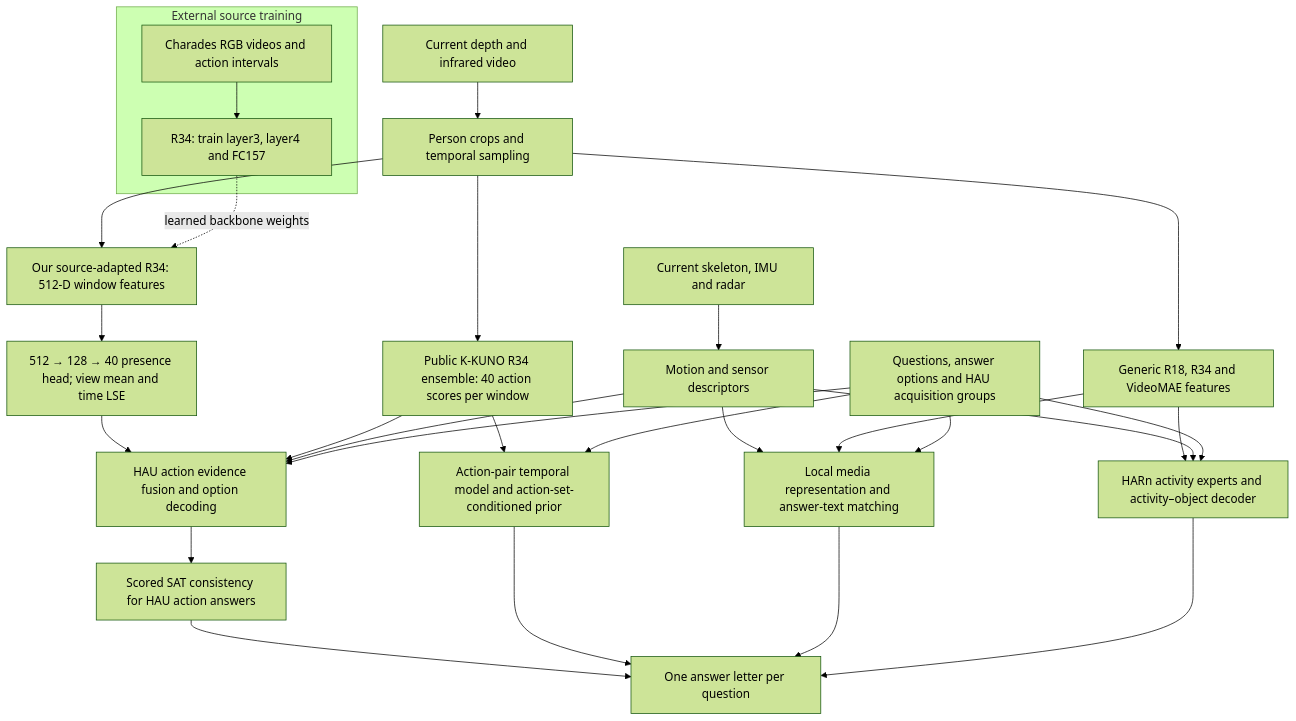
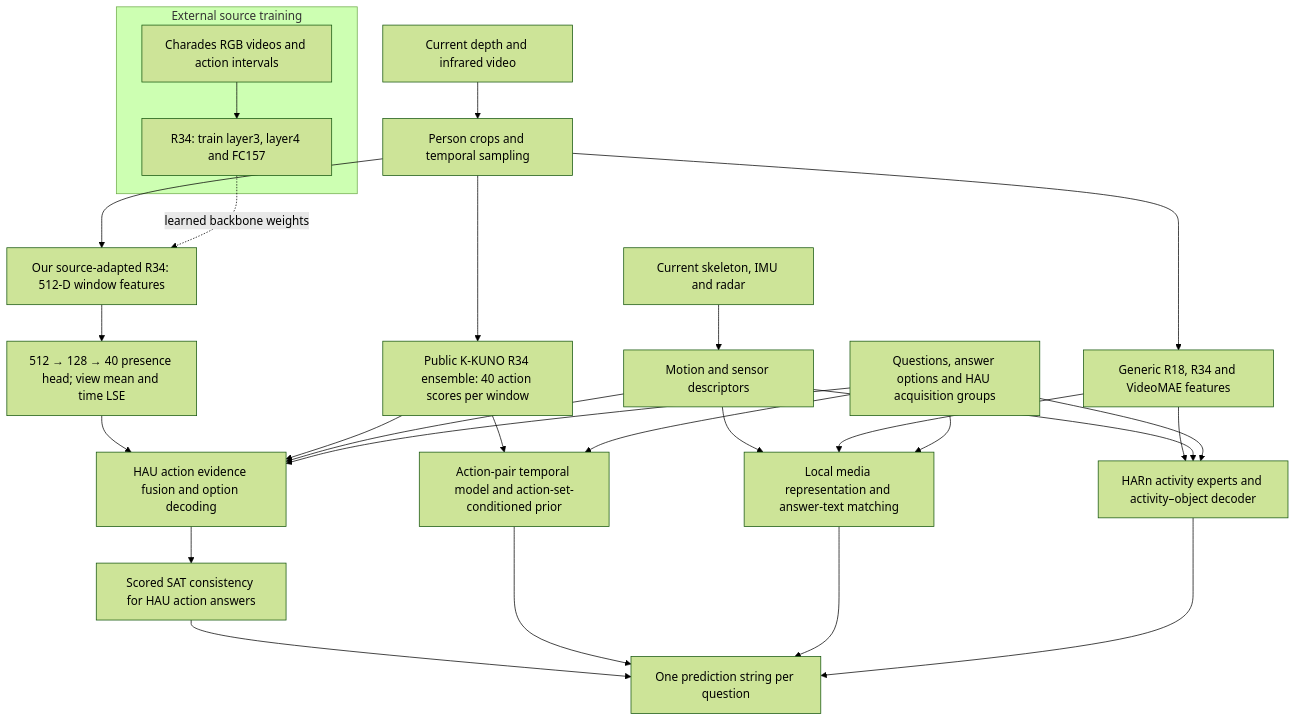
The diagram in docs/METHOD.md (zmuxuny/KURONAME-CUHK-X-2026), drawn with Mermaid (forest theme) before and after one commit. The commit also changed 4 other files, not shown here.

````diff
--- a/docs/METHOD.md
+++ b/docs/METHOD.md
@@ -5,31 +5,31 @@
 ```mermaid
 flowchart TB
     subgraph training[External source training]
         C[Charades RGB videos and action intervals] --> S[R34: train layer3, layer4 and FC157]
     end
     V[Current depth and infrared video] --> P[Person crops and temporal sampling]
     M[Current skeleton, IMU and radar] --> F[Motion and sensor descriptors]
     Q[Questions, answer options and HAU acquisition groups]
     P --> O[Our source-adapted R34: 512-D window features]
     S -. learned backbone weights .-> O
     P --> K[Public K-KUNO R34 ensemble: 40 action scores per window]
     P --> G[Generic R18, R34 and VideoMAE features]
     O --> H[512 → 128 → 40 presence head; view mean and time LSE]
     H --> A[HAU action evidence fusion and option decoding]
     K --> A
     F --> A
     K --> T[Action-pair temporal model and action-set-conditioned prior]
     F --> E[Local media representation and answer-text matching]
     G --> E
     G --> R[HARn activity experts and activity–object decoder]
     F --> R
     Q --> A
     Q --> T
     Q --> E
     Q --> R
     A --> SAT[Scored SAT consistency for HAU action answers]
-    SAT --> OUT[One answer letter per question]
+    SAT --> OUT[One prediction string per question]
     T --> OUT
     E --> OUT
     R --> OUT
 ```
````
